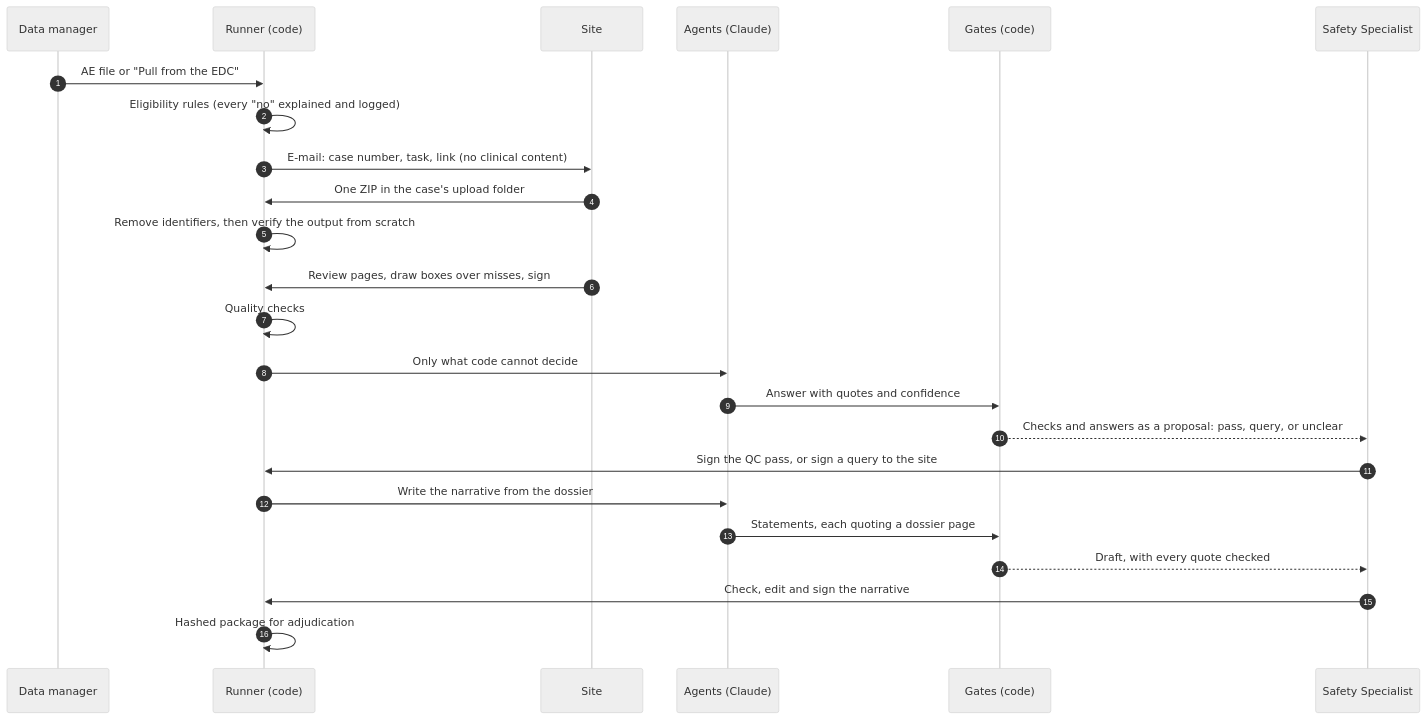
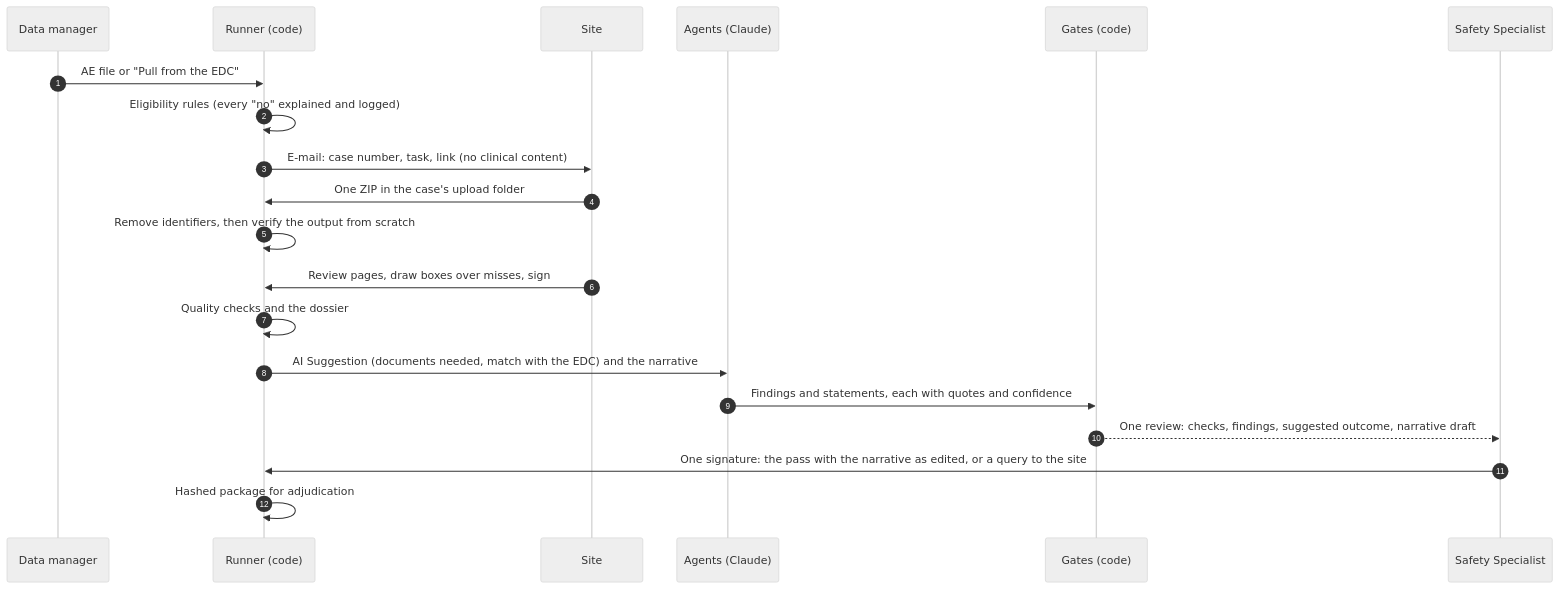
Before and after one commit to juyal-devashish/Agentic-Adjudication: the second of 3 diagrams in README.md, drawn with Mermaid (neutral theme). The commit also changed other lines of this file and 7 other files, not shown here.

Commit message:
Describe the one-stop Quality Check in the docs and run sheet; tick step 25

````diff
--- a/README.md
+++ b/README.md
@@ -80,26 +80,22 @@
 ```mermaid
 sequenceDiagram
     autonumber
     participant DM as Data manager
     participant R as Runner (code)
     participant S as Site
     participant AG as Agents (Claude)
     participant G as Gates (code)
     participant SS as Safety Specialist
     DM->>R: AE file or "Pull from the EDC"
     R->>R: Eligibility rules (every "no" explained and logged)
     R->>S: E-mail: case number, task, link (no clinical content)
     S->>R: One ZIP in the case's upload folder
     R->>R: Remove identifiers, then verify the output from scratch
     S->>R: Review pages, draw boxes over misses, sign
-    R->>R: Quality checks
-    R->>AG: Only what code cannot decide
-    AG->>G: Answer with quotes and confidence
-    G-->>SS: Checks and answers as a proposal: pass, query, or unclear
-    SS->>R: Sign the QC pass, or sign a query to the site
-    R->>AG: Write the narrative from the dossier
-    AG->>G: Statements, each quoting a dossier page
-    G-->>SS: Draft, with every quote checked
-    SS->>R: Check, edit and sign the narrative
+    R->>R: Quality checks and the dossier
+    R->>AG: AI Suggestion (documents needed, match with the EDC) and the narrative
+    AG->>G: Findings and statements, each with quotes and confidence
+    G-->>SS: One review: checks, findings, suggested outcome, narrative draft
+    SS->>R: One signature: the pass with the narrative as edited, or a query to the site
     R->>R: Hashed package for adjudication
 ```
````
